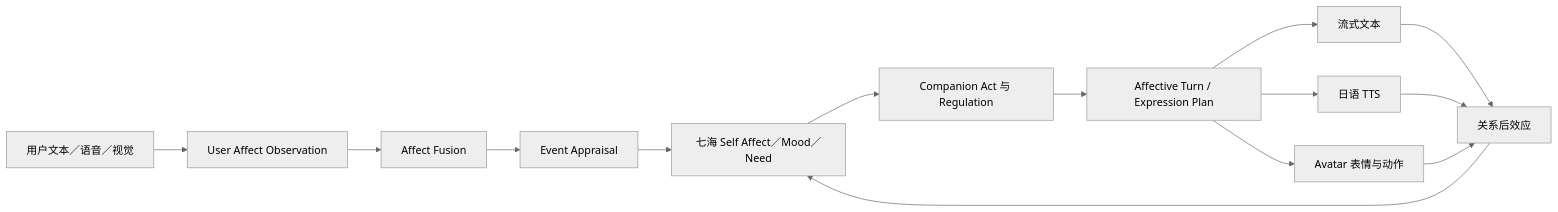
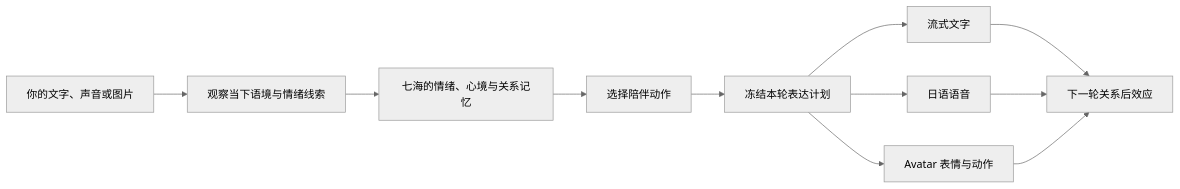
One commit to SakuraYoruno/Natsume_Ai changed the diagram in README.md. Above: the diagram before and after it, drawn with Mermaid (neutral theme). The commit also changed other lines of this file and 6 other files, not shown here.

````diff
--- a/README.md
+++ b/README.md
@@ -29,16 +31,13 @@
 ```mermaid
 flowchart LR
-    U["用户文本／语音／视觉"] --> O["User Affect Observation"]
-    O --> F["Affect Fusion"]
-    F --> A["Event Appraisal"]
-    A --> S["七海 Self Affect／Mood／Need"]
-    S --> C["Companion Act 与 Regulation"]
-    C --> P["Affective Turn / Expression Plan"]
-    P --> T["流式文本"]
-    P --> V["日语 TTS"]
+    U["你的文字、声音或图片"] --> O["观察当下语境与情绪线索"]
+    O --> L["七海的情绪、心境与关系记忆"]
+    L --> A["选择陪伴动作"]
+    A --> P["冻结本轮表达计划"]
+    P --> T["流式文字"]
+    P --> V["日语语音"]
     P --> M["Avatar 表情与动作"]
-    T --> R["关系后效应"]
+    T --> R["下一轮关系后效应"]
     V --> R
     M --> R
-    R --> S
 ```
````
